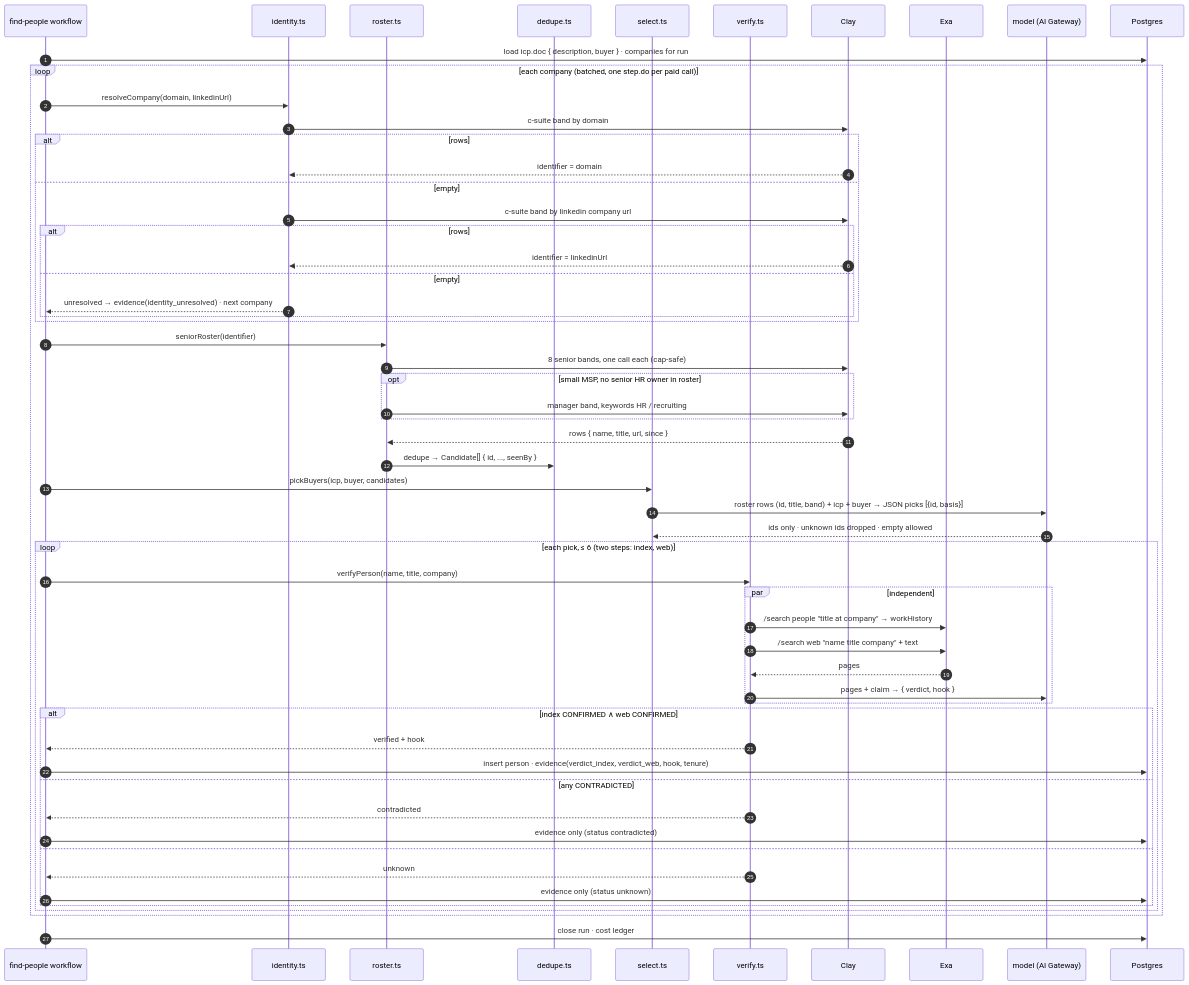
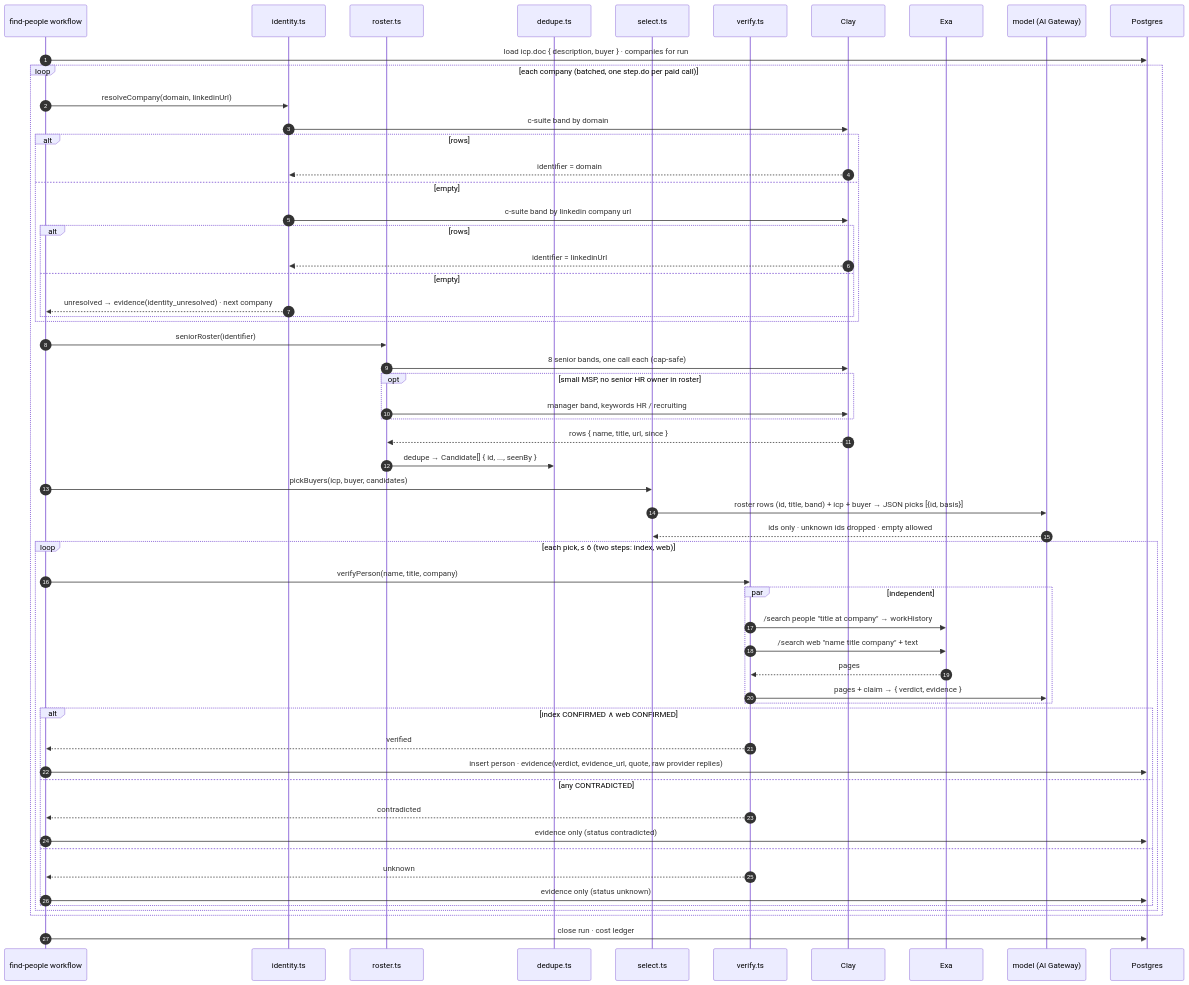
The second of 2 diagrams in docs/solutions/people-probe/x/people-architecture.md (algominds-ai/algominds-backend), drawn with Mermaid before and after one commit. The commit also changed other lines of this file and 1 other file, not shown here.

Commit message:
docs: diagrams follow the method; stage six stores raw, context is elsewhere

````diff
--- a/docs/solutions/people-probe/x/people-architecture.md
+++ b/docs/solutions/people-probe/x/people-architecture.md
@@ -80,60 +80,60 @@
 ```mermaid
 sequenceDiagram
     autonumber
     participant WF as find-people workflow
     participant ID as identity.ts
     participant RO as roster.ts
     participant DD as dedupe.ts
     participant SE as select.ts
     participant VE as verify.ts
     participant CL as Clay
     participant EX as Exa
     participant M as model (AI Gateway)
     participant DB as Postgres
 
     WF->>DB: load icp.doc { description, buyer } · companies for run
     loop each company (batched, one step.do per paid call)
         WF->>ID: resolveCompany(domain, linkedinUrl)
         ID->>CL: c-suite band by domain
         alt rows
             CL-->>ID: identifier = domain
         else empty
             ID->>CL: c-suite band by linkedin company url
             alt rows
                 CL-->>ID: identifier = linkedinUrl
             else empty
                 ID-->>WF: unresolved → evidence(identity_unresolved) · next company
             end
         end
         WF->>RO: seniorRoster(identifier)
         RO->>CL: 8 senior bands, one call each (cap-safe)
         opt small MSP, no senior HR owner in roster
             RO->>CL: manager band, keywords HR / recruiting
         end
         CL-->>RO: rows { name, title, url, since }
         RO->>DD: dedupe → Candidate[] { id, ..., seenBy }
         WF->>SE: pickBuyers(icp, buyer, candidates)
         SE->>M: roster rows (id, title, band) + icp + buyer → JSON picks [{id, basis}]
         M-->>SE: ids only · unknown ids dropped · empty allowed
         loop each pick, ≤ 6 (two steps: index, web)
             WF->>VE: verifyPerson(name, title, company)
             par independent
                 VE->>EX: /search people "title at company" → workHistory
                 VE->>EX: /search web "name title company" + text
                 EX-->>VE: pages
-                VE->>M: pages + claim → { verdict, hook }
+                VE->>M: pages + claim → { verdict, evidence }
             end
             alt index CONFIRMED ∧ web CONFIRMED
-                VE-->>WF: verified + hook
-                WF->>DB: insert person · evidence(verdict_index, verdict_web, hook, tenure)
+                VE-->>WF: verified
+                WF->>DB: insert person · evidence(verdict, evidence_url, quote, raw provider replies)
             else any CONTRADICTED
                 VE-->>WF: contradicted
                 WF->>DB: evidence only (status contradicted)
             else
                 VE-->>WF: unknown
                 WF->>DB: evidence only (status unknown)
             end
         end
     end
     WF->>DB: close run · cost ledger
 ```
````
